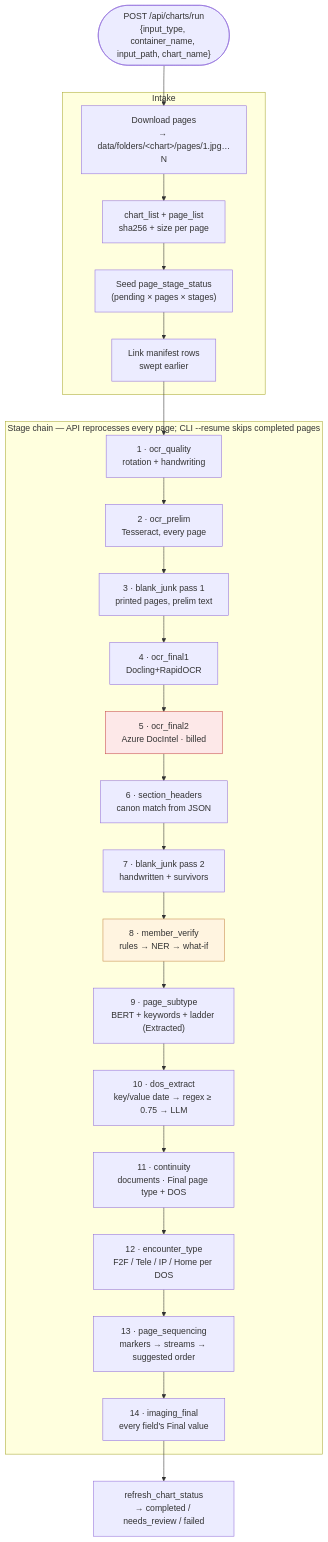
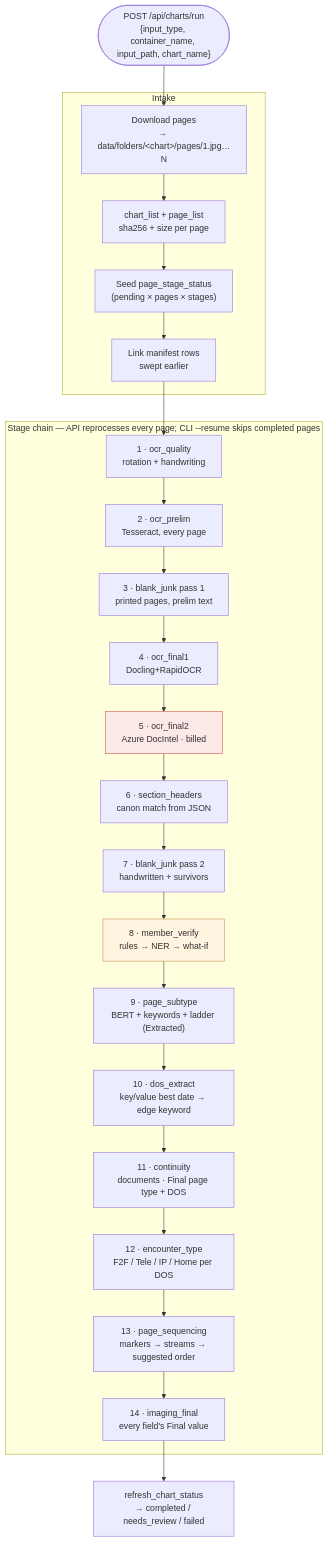
One commit to abhinavdg-ever/model-repo changed the second of 7 diagrams in docs/FLOW.md. Above: the diagram before and after it, drawn with Mermaid. The commit also changed 29 other files, not shown here.

First line of the commit message:
DOS: two states only — the key/value best date, else the edge keyword. LLM removed.

````diff
--- a/docs/FLOW.md
+++ b/docs/FLOW.md
@@ -47,36 +47,36 @@
 ```mermaid
 flowchart TD
   START(["POST /api/charts/run<br/>{input_type, container_name, input_path, chart_name}"]) --> DL
 
   subgraph INTAKE["Intake"]
     DL["Download pages<br/>→ data/folders/&lt;chart&gt;/pages/1.jpg…N"]
     DL --> REG["chart_list + page_list<br/>sha256 + size per page"]
     REG --> SEED["Seed page_stage_status<br/>(pending × pages × stages)"]
     SEED --> LINK["Link manifest rows<br/>swept earlier"]
   end
 
   LINK --> S1
 
   subgraph CHAIN["Stage chain — API reprocesses every page; CLI --resume skips completed pages"]
     S1["1 · ocr_quality<br/>rotation + handwriting"]
     S2["2 · ocr_prelim<br/>Tesseract, every page"]
     S3["3 · blank_junk pass 1<br/>printed pages, prelim text"]
     S4["4 · ocr_final1<br/>Docling+RapidOCR"]
     S5["5 · ocr_final2<br/>Azure DocIntel · billed"]
     S5b["6 · section_headers<br/>canon match from JSON"]
     S6["7 · blank_junk pass 2<br/>handwritten + survivors"]
     S7["8 · member_verify<br/>rules → NER → what-if"]
     S8["9 · page_subtype<br/>BERT + keywords + ladder (Extracted)"]
-    S9["10 · dos_extract<br/>key/value date → regex ≥ 0.75 → LLM"]
+    S9["10 · dos_extract<br/>key/value best date → edge keyword"]
     S9b["11 · continuity<br/>documents · Final page type + DOS"]
     S10["12 · encounter_type<br/>F2F / Tele / IP / Home per DOS"]
     S11["13 · page_sequencing<br/>markers → streams → suggested order"]
     S12["14 · imaging_final<br/>every field's Final value"]
     S1 --> S2 --> S3 --> S4 --> S5 --> S5b --> S6 --> S7 --> S8 --> S9 --> S9b --> S10 --> S11 --> S12
   end
 
   S12 --> DONE["refresh_chart_status<br/>→ completed / needs_review / failed"]
 
   style S5 fill:#fde8e8,stroke:#c74a4a
   style S7 fill:#fff4e0,stroke:#c78a4a
 ```
````
